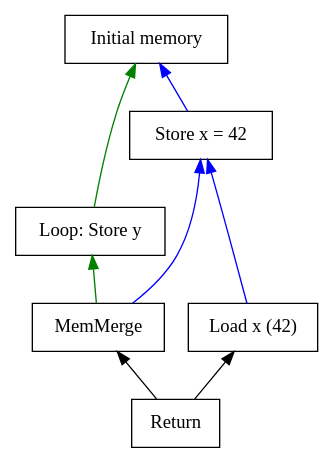
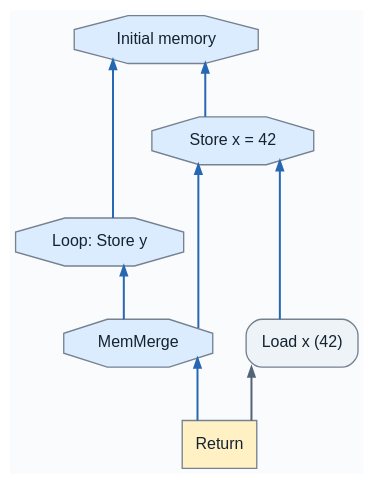
The diagram in chapter10b/docs/example1.gv (SeaOfNodes/Simple), drawn with Graphviz before and after one commit. The commit also changed 175 other files, not shown here.

```diff
--- a/chapter10b/docs/example1.gv
+++ b/chapter10b/docs/example1.gv
@@ -1,13 +1,20 @@
 digraph Memory {
+  // IR styles match graph/web/render.js; arrows are use -> definition.
+  graph [bgcolor="#fafbfc" fontname="Helvetica" nodesep=0.35 ranksep=0.55 splines=ortho];
+  node [fontname="Helvetica" fontsize=12 color="#758191" fontcolor="#152330" shape=box style="rounded,filled" fillcolor="#edf3f7"];
+  edge [fontname="Helvetica" fontsize=9 color="#536477" fontcolor="#364352" arrowsize=0.7 penwidth=1.5];
+
   rankdir=BT;
-  node [shape=box];
-  M [label="Initial memory"];
-  X [label="Store x = 42"];
-  Y [label="Loop: Store y"];
-  L [label="Load x (42)"];
-  L -> X -> M [color=blue]; Y -> M [color=green];
-  MemMerge -> X [color=blue]; MemMerge -> Y [color=green];
-  Return -> MemMerge; Return -> L;
+
+  M [label="Initial memory" shape=octagon style="filled" fillcolor="#dcecff"];
+  X [label="Store x = 42" shape=octagon style="filled" fillcolor="#dcecff"];
+  Y [label="Loop: Store y" shape=octagon style="filled" fillcolor="#dcecff"];
+  L [label="Load x (42)" shape=box style="rounded,filled" fillcolor="#edf3f7"];
+  L -> X -> M [color="#2867b2"]; Y -> M [color="#2867b2"];
+  MemMerge -> X [color="#2867b2"]; MemMerge -> Y [color="#2867b2"];
+  Return -> MemMerge [color="#2867b2"]; Return -> L;
   { rank=same; MemMerge -> L [style=invis]; }
   Y -> X [style=invis]; // Layout only: keep the stores in code order.
+  Return [shape=box style="filled" fillcolor="#fff1c4"];
+  MemMerge [shape=octagon style="filled" fillcolor="#dcecff"];
 }
```
